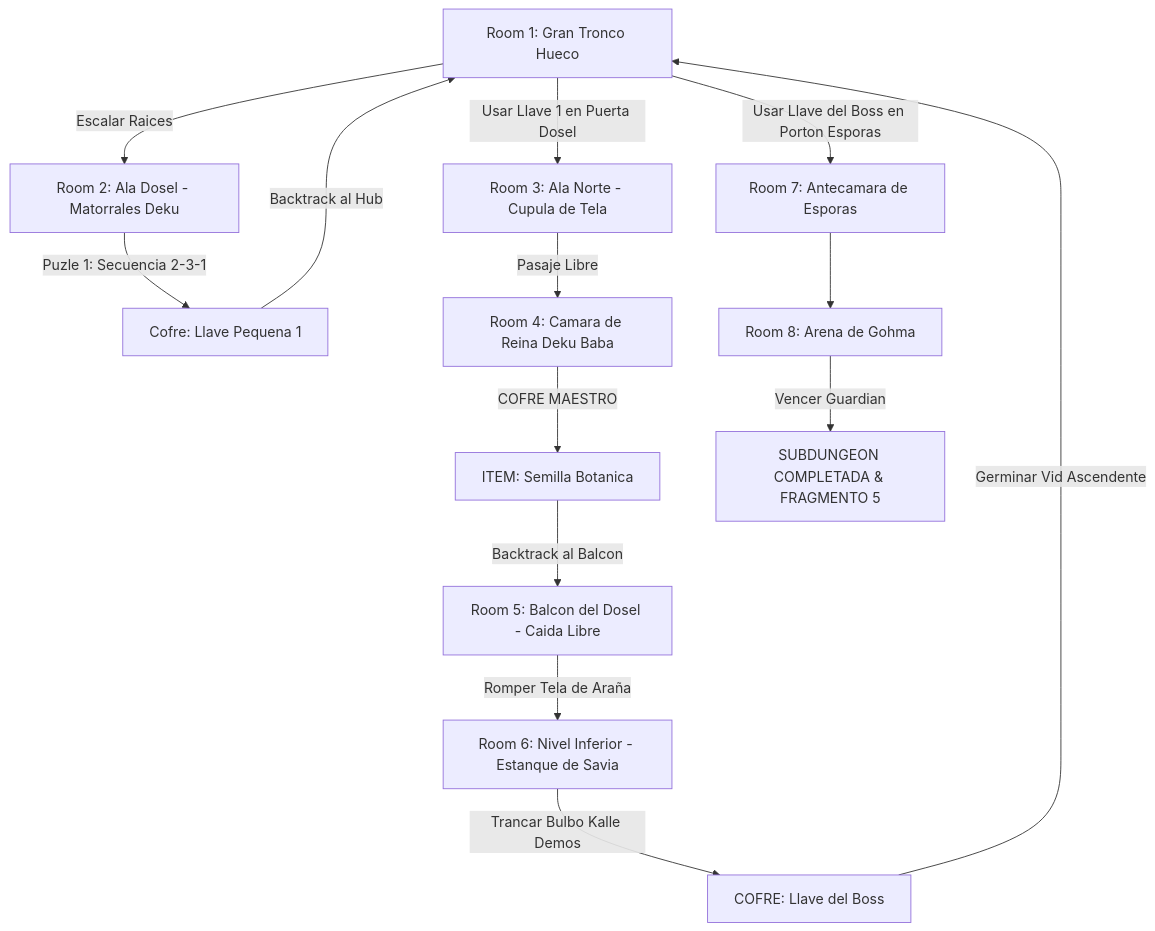
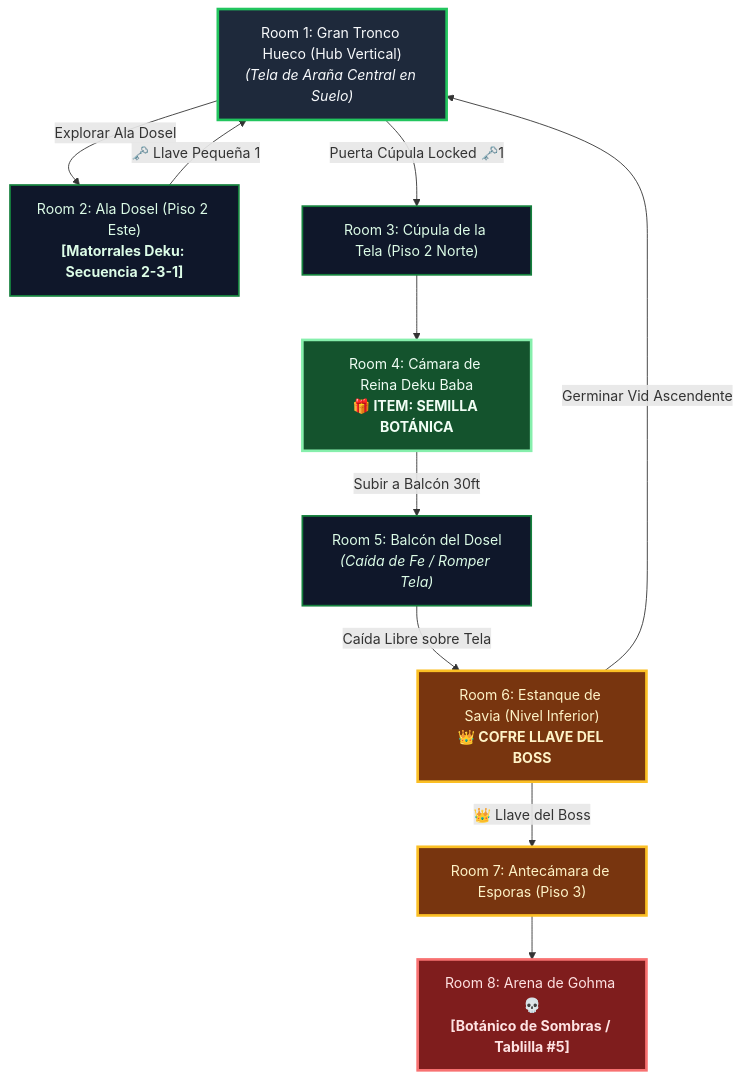
One commit to linkmati/ShivathLyss changed the diagram in 7 - DM/OneShots/ARepeat/Subdungeons/05_Subdungeon_Vida_Invernadero.md. Above: the diagram before and after it, drawn with Mermaid. The commit also changed other lines of this file and 4 other files, not shown here.

Commit message:
Add visual Mermaid minimap diagrams and progress tables to all 7 subdungeons

````diff
--- a/7 - DM/OneShots/ARepeat/Subdungeons/05_Subdungeon_Vida_Invernadero.md
+++ b/7 - DM/OneShots/ARepeat/Subdungeons/05_Subdungeon_Vida_Invernadero.md
@@ -15,19 +15,25 @@
 ```mermaid
 graph TD
-    S1["Room 1: Gran Tronco Hueco"] -->|Escalar Raices| S2["Room 2: Ala Dosel - Matorrales Deku"]
-    S2 -->|Puzle 1: Secuencia 2-3-1| S2_Key["Cofre: Llave Pequena 1"]
-    S2_Key -->|Backtrack al Hub| S1
-    
-    S1 -->|Usar Llave 1 en Puerta Dosel| S3["Room 3: Ala Norte - Cupula de Tela"]
-    S3 -->|Pasaje Libre| S4["Room 4: Camara de Reina Deku Baba"]
-    S4 -->|COFRE MAESTRO| Item["ITEM: Semilla Botanica"]
-    
-    Item -->|Backtrack al Balcon| S5["Room 5: Balcon del Dosel - Caida Libre"]
-    S5 -->|Romper Tela de Araña| S6["Room 6: Nivel Inferior - Estanque de Savia"]
-    S6 -->|Trancar Bulbo Kalle Demos| BossKey["COFRE: Llave del Boss"]
-    
-    BossKey -->|Germinar Vid Ascendente| S1
-    S1 -->|Usar Llave del Boss en Porton Esporas| S7["Room 7: Antecamara de Esporas"]
-    S7 --> S8["Room 8: Arena de Gohma"]
-    S8 -->|Vencer Guardian| Win["SUBDUNGEON COMPLETADA & FRAGMENTO 5"]
+    classDef hub fill:#1e293b,stroke:#22c55e,stroke-width:3px,color:#f8fafc;
+    classDef branch fill:#0f172a,stroke:#15803d,stroke-width:2px,color:#dcfce7;
+    classDef item fill:#14532d,stroke:#86efac,stroke-width:3px,color:#f0fdf4;
+    classDef key fill:#78350f,stroke:#fbbf24,stroke-width:3px,color:#fef3c7;
+    classDef boss fill:#7f1d1d,stroke:#f87171,stroke-width:3px,color:#fee2e2;
+
+    S1["Room 1: Gran Tronco Hueco (Hub Vertical)<br/><i>(Tela de Araña Central en Suelo)</i>"]:::hub
+    S2["Room 2: Ala Dosel (Piso 2 Este)<br/><b>[Matorrales Deku: Secuencia 2-3-1]</b>"]:::branch
+    S3["Room 3: Cúpula de la Tela (Piso 2 Norte)"]:::branch
+    S4["Room 4: Cámara de Reina Deku Baba<br/><b>🎁 ITEM: SEMILLA BOTÁNICA</b>"]:::item
+    S5["Room 5: Balcón del Dosel<br/><i>(Caída de Fe / Romper Tela)</i>"]:::branch
+    S6["Room 6: Estanque de Savia (Nivel Inferior)<br/><b>👑 COFRE LLAVE DEL BOSS</b>"]:::key
+    S7["Room 7: Antecámara de Esporas (Piso 3)"]:::key
+    S8["Room 8: Arena de Gohma 💀<br/><b>[Botánico de Sombras / Tablilla #5]</b>"]:::boss
+
+    S1 -->|Explorar Ala Dosel| S2
+    S2 -->|🗝️ Llave Pequeña 1| S1
+    S1 -->|Puerta Cúpula Locked 🗝️1| S3 --> S4
+    S4 -->|Subir a Balcón 30ft| S5
+    S5 -->|Caída Libre sobre Tela| S6
+    S6 -->|Germinar Vid Ascendente| S1
+    S6 -->|👑 Llave del Boss| S7 --> S8
 ```
````
